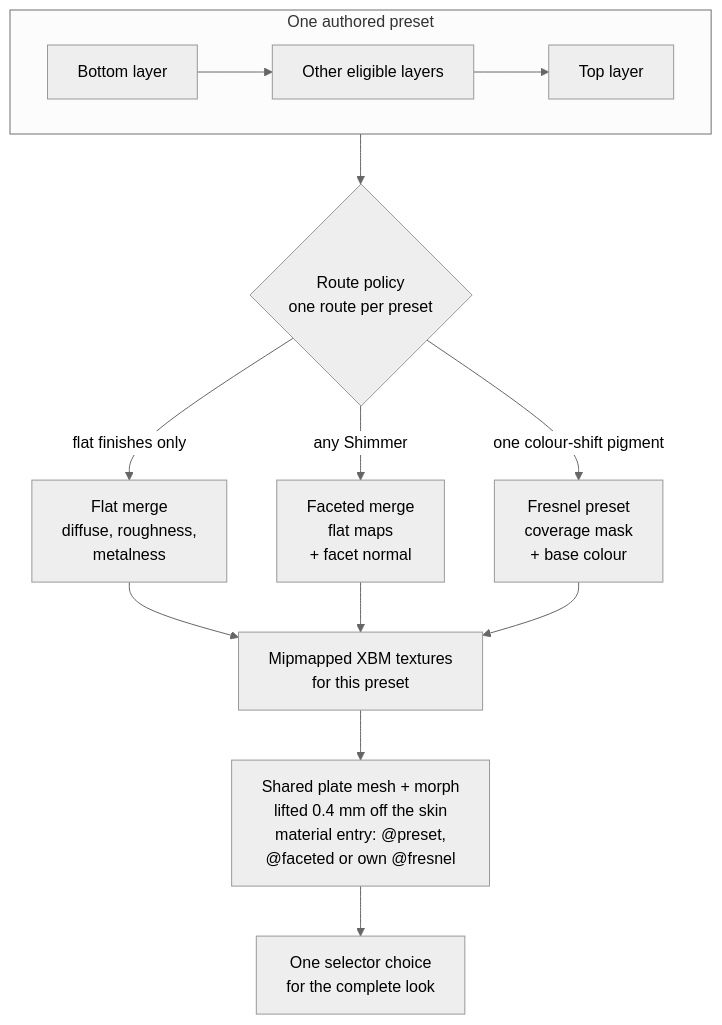
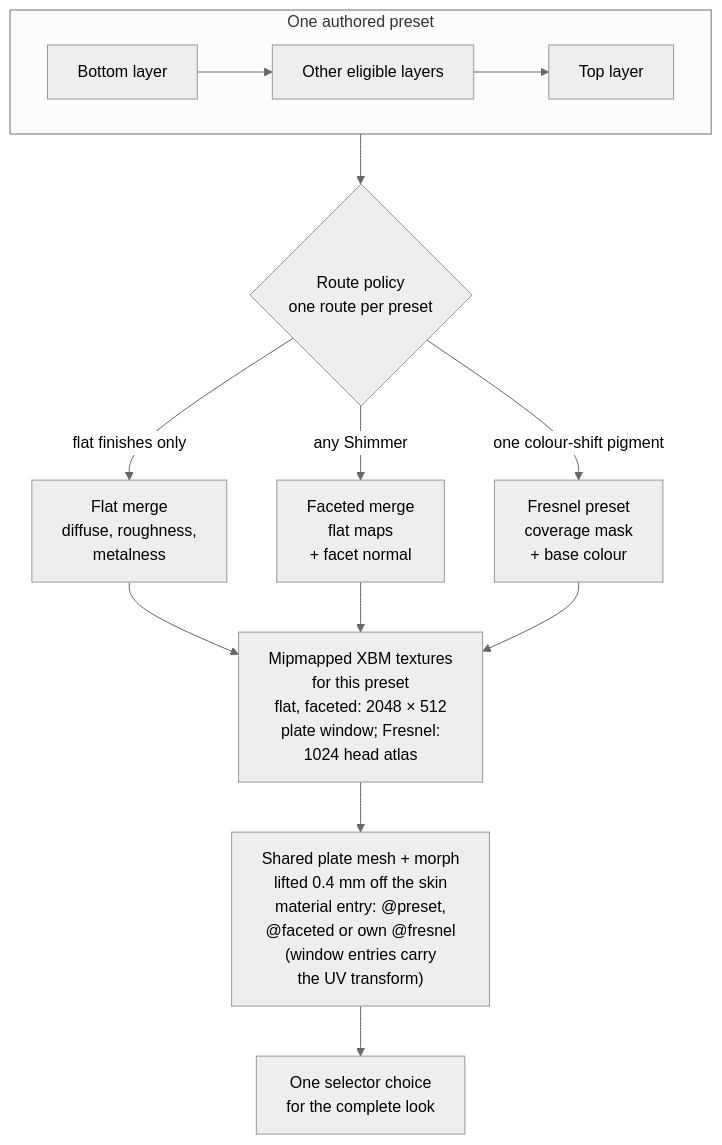
One commit to axefrog/xf-studio changed the third of 3 diagrams in research/authoring/studio-to-mod-pipeline.md. Above: the diagram before and after it, drawn with Mermaid (neutral theme). The commit also changed other lines of this file and 46 other files, not shown here.

````diff
--- a/research/authoring/studio-to-mod-pipeline.md
+++ b/research/authoring/studio-to-mod-pipeline.md
@@ -105,16 +105,16 @@
 ```mermaid
 flowchart TB
   subgraph one["One authored preset"]
     direction LR
     low["Bottom layer"] --> mid["Other eligible layers"] --> top["Top layer"]
   end
   top --> route{"Route policy<br/>one route per preset"}
   route -- "flat finishes only" --> flat["Flat merge<br/>diffuse, roughness,<br/>metalness"]
   route -- "any Shimmer" --> faceted["Faceted merge<br/>flat maps<br/>+ facet normal"]
   route -- "one colour-shift pigment" --> fresnel["Fresnel preset<br/>coverage mask<br/>+ base colour"]
-  flat --> maps["Mipmapped XBM textures<br/>for this preset"]
+  flat --> maps["Mipmapped XBM textures<br/>for this preset<br/>flat, faceted: 2048 × 512<br/>plate window; Fresnel:<br/>1024 head atlas"]
   faceted --> maps
   fresnel --> maps
-  maps --> shared["Shared plate mesh + morph<br/>lifted 0.4 mm off the skin<br/>material entry: @preset,<br/>@faceted or own @fresnel"]
+  maps --> shared["Shared plate mesh + morph<br/>lifted 0.4 mm off the skin<br/>material entry: @preset,<br/>@faceted or own @fresnel<br/>(window entries carry<br/>the UV transform)"]
   shared --> choice["One selector choice<br/>for the complete look"]
 ```
````
